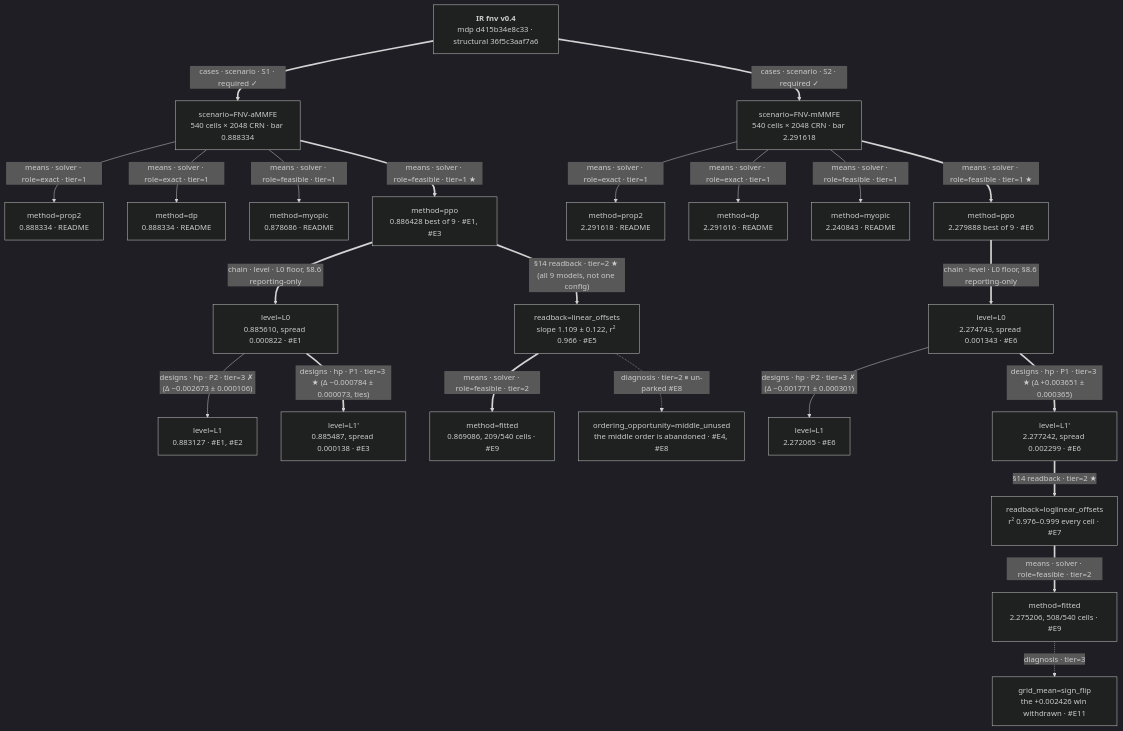
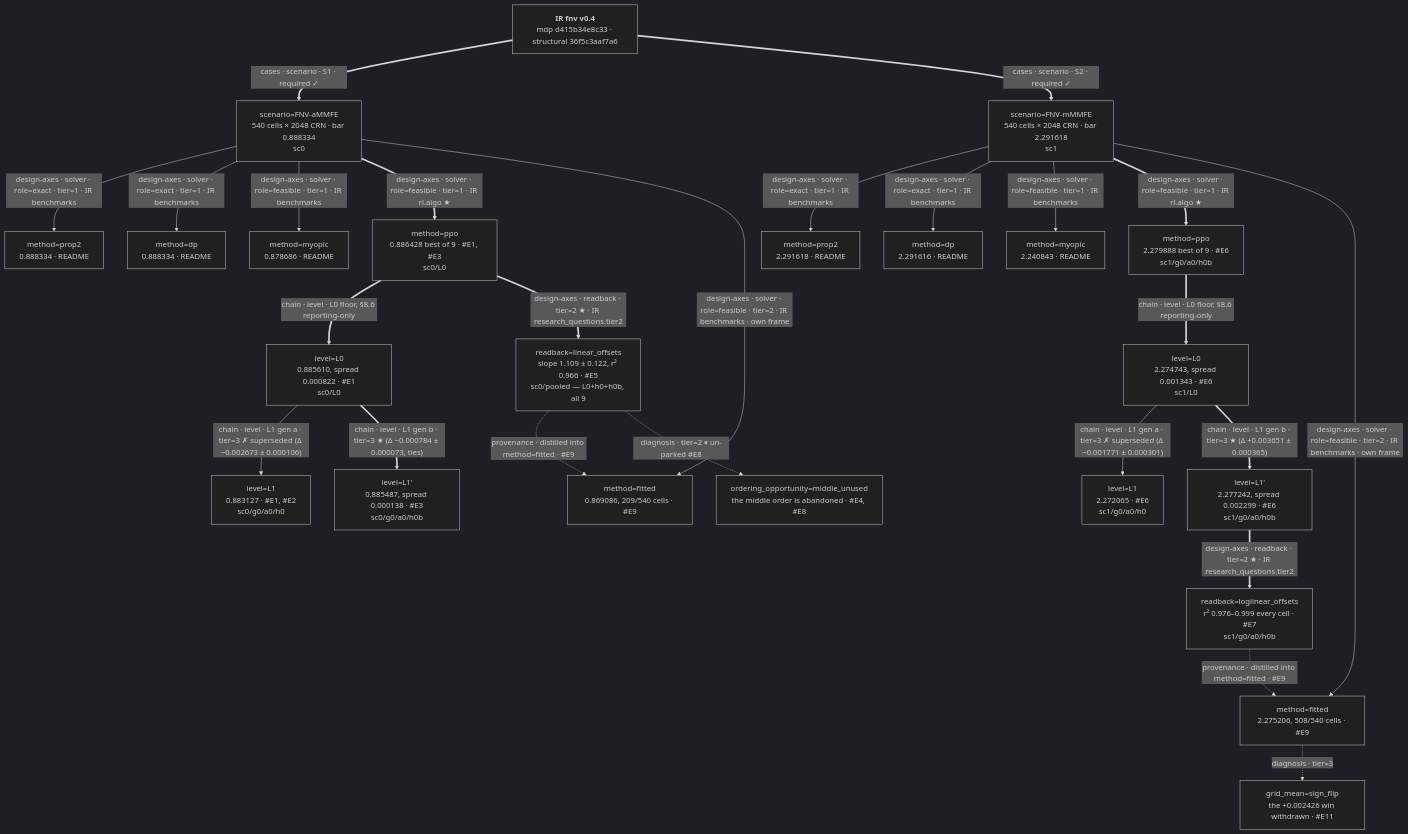
The diagram in cases/fnv/ESCALATION.md (tong-wang/auto-mdp-solver), drawn with Mermaid (dark theme) before and after one commit. The commit also changed other lines of this file and 1 other file, not shown here.

````diff
--- a/cases/fnv/ESCALATION.md
+++ b/cases/fnv/ESCALATION.md
@@ -59,33 +186,38 @@
 ```mermaid
 graph TD
     ROOT["<b>IR fnv v0.4</b><br/>mdp d415b34e8c33 · structural 36f5c3aaf7a6"]
 
-    ROOT ==>|"cases · scenario · S1 · required ✓"| SA["scenario=FNV-aMMFE<br/>540 cells × 2048 CRN · bar 0.888334"]
-    ROOT ==>|"cases · scenario · S2 · required ✓"| SM["scenario=FNV-mMMFE<br/>540 cells × 2048 CRN · bar 2.291618"]
+    ROOT ==>|"cases · scenario · S1 · required ✓"| SA["scenario=FNV-aMMFE<br/>540 cells × 2048 CRN · bar 0.888334<br/>sc0"]
+    ROOT ==>|"cases · scenario · S2 · required ✓"| SM["scenario=FNV-mMMFE<br/>540 cells × 2048 CRN · bar 2.291618<br/>sc1"]
 
-    SA -->|"means · solver · role=exact · tier=1"| PA["method=prop2<br/>0.888334 · README"]
-    SA -->|"means · solver · role=exact · tier=1"| DA["method=dp<br/>0.888334 · README"]
-    SA -->|"means · solver · role=feasible · tier=1"| YA["method=myopic<br/>0.878686 · README"]
-    SA ==>|"means · solver · role=feasible · tier=1 ★"| RA["method=ppo<br/>0.886428 best of 9 · #E1, #E3"]
+    SA -->|"design-axes · solver · role=exact · tier=1 · IR benchmarks"| PA["method=prop2<br/>0.888334 · README"]
+    SA -->|"design-axes · solver · role=exact · tier=1 · IR benchmarks"| DA["method=dp<br/>0.888334 · README"]
+    SA -->|"design-axes · solver · role=feasible · tier=1 · IR benchmarks"| YA["method=myopic<br/>0.878686 · README"]
+    SA ==>|"design-axes · solver · role=feasible · tier=1 · IR rl.algo ★"| RA["method=ppo<br/>0.886428 best of 9 · #E1, #E3<br/>sc0/L0"]
+    SA -->|"design-axes · solver · role=feasible · tier=2 · IR benchmarks · own frame"| FA["method=fitted<br/>0.869086, 209/540 cells · #E9"]
 
-    RA ==>|"chain · level · L0 floor, §8.6 reporting-only"| L0A["level=L0<br/>0.885610, spread 0.000822 · #E1"]
-    L0A -->|"designs · hp · P2 · tier=3 ✗ (Δ −0.002673 ± 0.000106)"| L1A["level=L1<br/>0.883127 · #E1, #E2"]
-    L0A ==>|"designs · hp · P1 · tier=3 ★ (Δ −0.000784 ± 0.000073, ties)"| L1PA["level=L1'<br/>0.885487, spread 0.000138 · #E3"]
+    RA ==>|"chain · level · L0 floor, §8.6 reporting-only"| L0A["level=L0<br/>0.885610, spread 0.000822 · #E1<br/>sc0/L0"]
+    L0A -->|"chain · level · L1 gen a · tier=3 ✗ superseded (Δ −0.002673 ± 0.000106)"| L1A["level=L1<br/>0.883127 · #E1, #E2<br/>sc0/g0/a0/h0"]
+    L0A ==>|"chain · level · L1 gen b · tier=3 ★ (Δ −0.000784 ± 0.000073, ties)"| L1PA["level=L1'<br/>0.885487, spread 0.000138 · #E3<br/>sc0/g0/a0/h0b"]
 
-    RA ==>|"§14 readback · tier=2 ★ (all 9 models, not one config)"| RBA["readback=linear_offsets<br/>slope 1.109 ± 0.122, r² 0.966 · #E5"]
-    RBA ==>|"means · solver · role=feasible · tier=2"| FA["method=fitted<br/>0.869086, 209/540 cells · #E9"]
+    RA ==>|"design-axes · readback · tier=2 ★ · IR research_questions.tier2"| RBA["readback=linear_offsets<br/>slope 1.109 ± 0.122, r² 0.966 · #E5<br/>sc0/pooled — L0+h0+h0b, all 9"]
+    RBA -.->|"provenance · distilled into method=fitted · #E9"| FA
     RBA -.->|"diagnosis · tier=2 ⏸ un-parked #E8"| GAP["ordering_opportunity=middle_unused<br/>the middle order is abandoned · #E4, #E8"]
 
-    SM -->|"means · solver · role=exact · tier=1"| PM["method=prop2<br/>2.291618 · README"]
-    SM -->|"means · solver · role=exact · tier=1"| DM["method=dp<br/>2.291616 · README"]
-    SM -->|"means · solver · role=feasible · tier=1"| YM["method=myopic<br/>2.240843 · README"]
-    SM ==>|"means · solver · role=feasible · tier=1 ★"| RM["method=ppo<br/>2.279888 best of 9 · #E6"]
+    SM -->|"design-axes · solver · role=exact · tier=1 · IR benchmarks"| PM["method=prop2<br/>2.291618 · README"]
+    SM -->|"design-axes · solver · role=exact · tier=1 · IR benchmarks"| DM["method=dp<br/>2.291616 · README"]
+    SM -->|"design-axes · solver · role=feasible · tier=1 · IR benchmarks"| YM["method=myopic<br/>2.240843 · README"]
+    SM ==>|"design-axes · solver · role=feasible · tier=1 · IR rl.algo ★"| RM["method=ppo<br/>2.279888 best of 9 · #E6<br/>sc1/g0/a0/h0b"]
+    SM -->|"design-axes · solver · role=feasible · tier=2 · IR benchmarks · own frame"| FM["method=fitted<br/>2.275206, 508/540 cells · #E9"]
 
-    RM ==>|"chain · level · L0 floor, §8.6 reporting-only"| L0M["level=L0<br/>2.274743, spread 0.001343 · #E6"]
-    L0M -->|"designs · hp · P2 · tier=3 ✗ (Δ −0.001771 ± 0.000301)"| L1M["level=L1<br/>2.272065 · #E6"]
-    L0M ==>|"designs · hp · P1 · tier=3 ★ (Δ +0.003651 ± 0.000365)"| L1PM["level=L1'<br/>2.277242, spread 0.002299 · #E6"]
+    RM ==>|"chain · level · L0 floor, §8.6 reporting-only"| L0M["level=L0<br/>2.274743, spread 0.001343 · #E6<br/>sc1/L0"]
+    L0M -->|"chain · level · L1 gen a · tier=3 ✗ superseded (Δ −0.001771 ± 0.000301)"| L1M["level=L1<br/>2.272065 · #E6<br/>sc1/g0/a0/h0"]
+    L0M ==>|"chain · level · L1 gen b · tier=3 ★ (Δ +0.003651 ± 0.000365)"| L1PM["level=L1'<br/>2.277242, spread 0.002299 · #E6<br/>sc1/g0/a0/h0b"]
 
-    L1PM ==>|"§14 readback · tier=2 ★"| RBM["readback=loglinear_offsets<br/>r² 0.976–0.999 every cell · #E7"]
-    RBM ==>|"means · solver · role=feasible · tier=2"| FM["method=fitted<br/>2.275206, 508/540 cells · #E9"]
+    L1PM ==>|"design-axes · readback · tier=2 ★ · IR research_questions.tier2"| RBM["readback=loglinear_offsets<br/>r² 0.976–0.999 every cell · #E7<br/>sc1/g0/a0/h0b"]
+    RBM -.->|"provenance · distilled into method=fitted · #E9"| FM
     FM -.->|"diagnosis · tier=3"| SIGN["grid_mean=sign_flip<br/>the +0.002426 win withdrawn · #E11"]
+
+    %% prop2 / dp / myopic / fitted carry no third row: an analytic reference holds no g/a/h (§3.1)
+    %% GAP and SIGN carry none either: a diagnosis node displays no score
 ```
````
